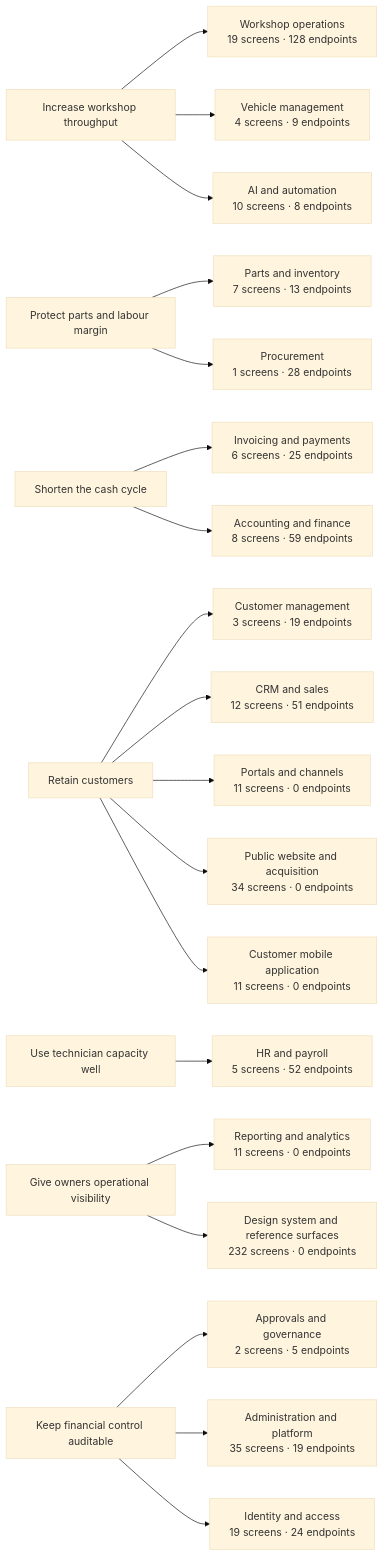
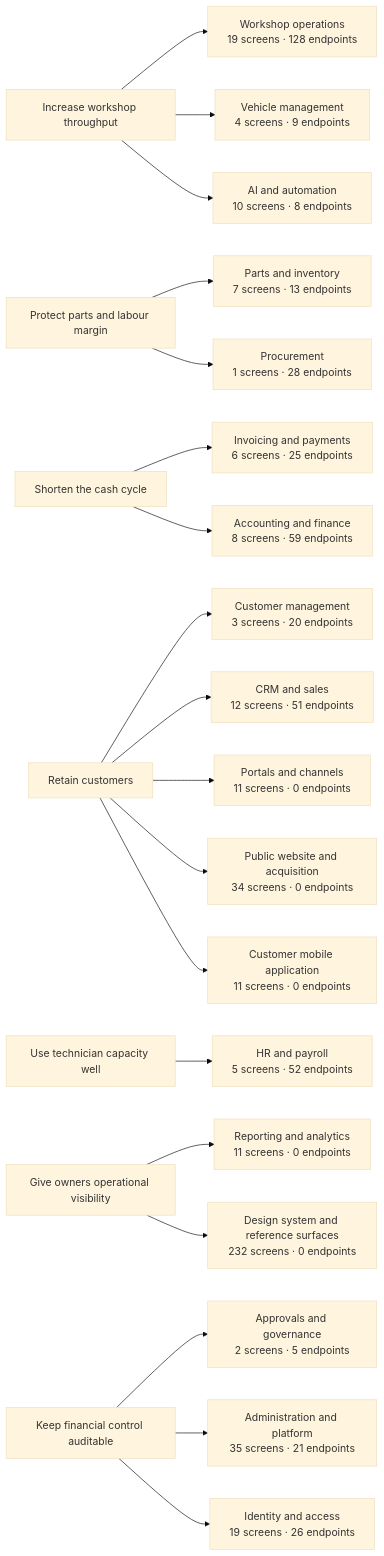
The diagram in docs/07_BUSINESS_ANALYSIS/BUSINESS_CAPABILITY_MAP.md (tazamohd/SlClNe), drawn with Mermaid (base theme) before and after one commit. The commit also changed other lines of this file and 30 other files, not shown here.

````diff
--- a/docs/07_BUSINESS_ANALYSIS/BUSINESS_CAPABILITY_MAP.md
+++ b/docs/07_BUSINESS_ANALYSIS/BUSINESS_CAPABILITY_MAP.md
@@ -22,46 +22,46 @@
 ```mermaid
 flowchart LR
   OBJ_THROUGHPUT["Increase workshop throughput"]
   OBJ_MARGIN["Protect parts and labour margin"]
   OBJ_CASH["Shorten the cash cycle"]
   OBJ_RETENTION["Retain customers"]
   OBJ_CAPACITY["Use technician capacity well"]
   OBJ_VISIBILITY["Give owners operational visibility"]
   OBJ_CONTROL["Keep financial control auditable"]
   CAP_WORKSHOP["Workshop operations<br/>19 screens · 128 endpoints"]
   OBJ_THROUGHPUT --> CAP_WORKSHOP
-  CAP_CUSTOMERS["Customer management<br/>3 screens · 19 endpoints"]
+  CAP_CUSTOMERS["Customer management<br/>3 screens · 20 endpoints"]
   OBJ_RETENTION --> CAP_CUSTOMERS
   CAP_VEHICLES["Vehicle management<br/>4 screens · 9 endpoints"]
   OBJ_THROUGHPUT --> CAP_VEHICLES
   CAP_INVENTORY["Parts and inventory<br/>7 screens · 13 endpoints"]
   OBJ_MARGIN --> CAP_INVENTORY
   CAP_PROCUREMENT["Procurement<br/>1 screens · 28 endpoints"]
   OBJ_MARGIN --> CAP_PROCUREMENT
   CAP_BILLING["Invoicing and payments<br/>6 screens · 25 endpoints"]
   OBJ_CASH --> CAP_BILLING
   CAP_ACCOUNTING["Accounting and finance<br/>8 screens · 59 endpoints"]
   OBJ_CASH --> CAP_ACCOUNTING
   CAP_HR["HR and payroll<br/>5 screens · 52 endpoints"]
   OBJ_CAPACITY --> CAP_HR
   CAP_CRM["CRM and sales<br/>12 screens · 51 endpoints"]
   OBJ_RETENTION --> CAP_CRM
   CAP_REPORTING["Reporting and analytics<br/>11 screens · 0 endpoints"]
   OBJ_VISIBILITY --> CAP_REPORTING
   CAP_GOVERNANCE["Approvals and governance<br/>2 screens · 5 endpoints"]
   OBJ_CONTROL --> CAP_GOVERNANCE
   CAP_PORTALS["Portals and channels<br/>11 screens · 0 endpoints"]
   OBJ_RETENTION --> CAP_PORTALS
   CAP_AI["AI and automation<br/>10 screens · 8 endpoints"]
   OBJ_THROUGHPUT --> CAP_AI
-  CAP_PLATFORM["Administration and platform<br/>35 screens · 19 endpoints"]
+  CAP_PLATFORM["Administration and platform<br/>35 screens · 21 endpoints"]
   OBJ_CONTROL --> CAP_PLATFORM
-  CAP_IDENTITY["Identity and access<br/>19 screens · 24 endpoints"]
+  CAP_IDENTITY["Identity and access<br/>19 screens · 26 endpoints"]
   OBJ_CONTROL --> CAP_IDENTITY
   CAP_WEBSITE["Public website and acquisition<br/>34 screens · 0 endpoints"]
   OBJ_RETENTION --> CAP_WEBSITE
   CAP_CUSTOMERAPP["Customer mobile application<br/>11 screens · 0 endpoints"]
   OBJ_RETENTION --> CAP_CUSTOMERAPP
   CAP_DESIGNSYSTEM["Design system and reference surfaces<br/>232 screens · 0 endpoints"]
   OBJ_VISIBILITY --> CAP_DESIGNSYSTEM
 ```
````
